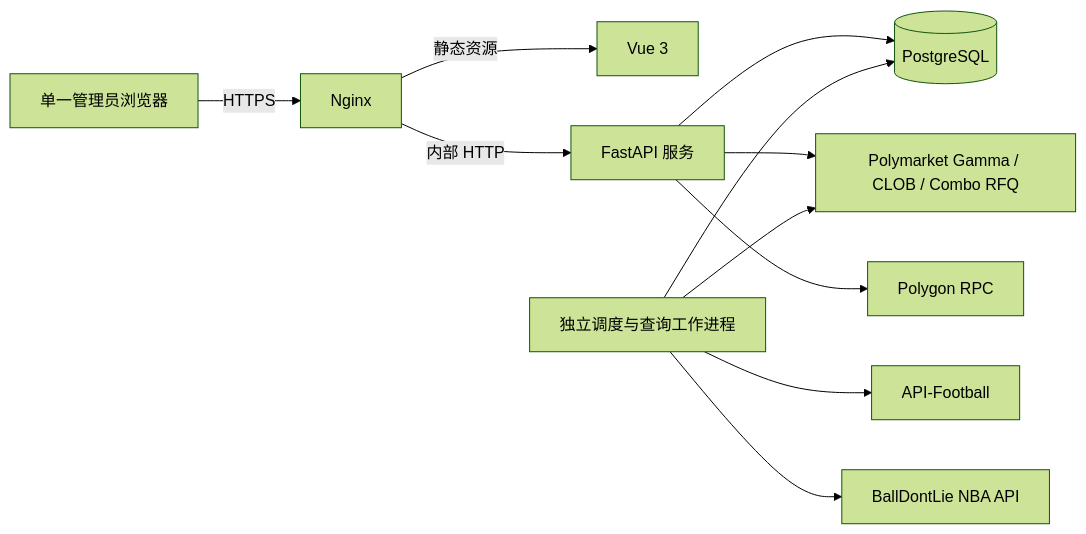
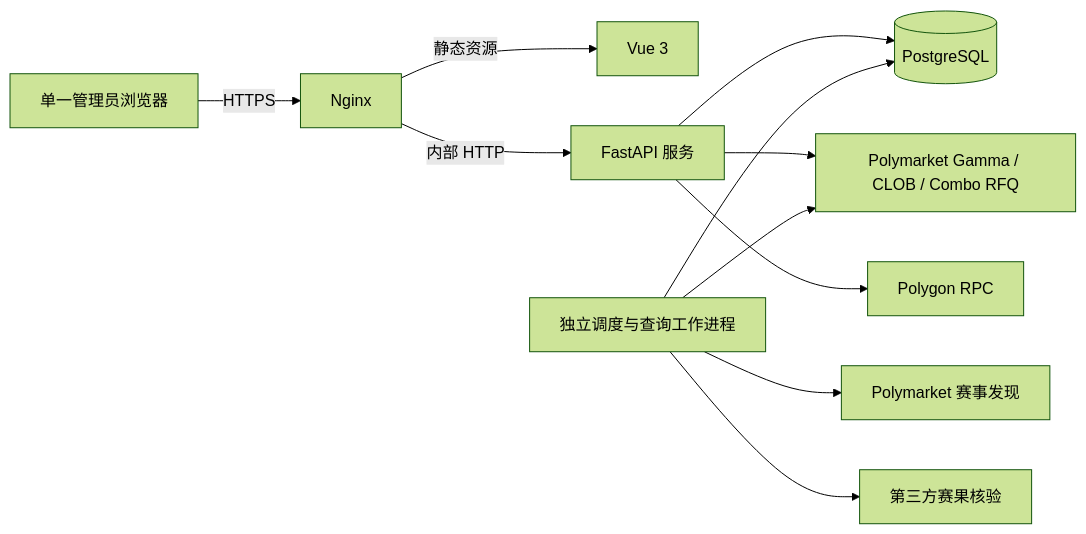
The diagram in ARCHITECTURE.md (majunwuxi/polymarket_web_trader), drawn with Mermaid (forest theme) before and after one commit. The commit also changed other lines of this file and 23 other files, not shown here.

````diff
--- a/ARCHITECTURE.md
+++ b/ARCHITECTURE.md
@@ -13,13 +13,13 @@
 ```mermaid
 flowchart LR
     U[单一管理员浏览器] -->|HTTPS| N[Nginx]
     N -->|静态资源| V[Vue 3]
     N -->|内部 HTTP| A[FastAPI 服务]
     A --> D[(PostgreSQL)]
     W[独立调度与查询工作进程] --> D
-    W --> F[API-Football]
-    W --> B[BallDontLie NBA API]
+    W --> F[Polymarket 赛事发现]
+    W --> B[第三方赛果核验]
     A --> P[Polymarket Gamma / CLOB / Combo RFQ]
     W --> P
     A --> R[Polygon RPC]
 ```
````
